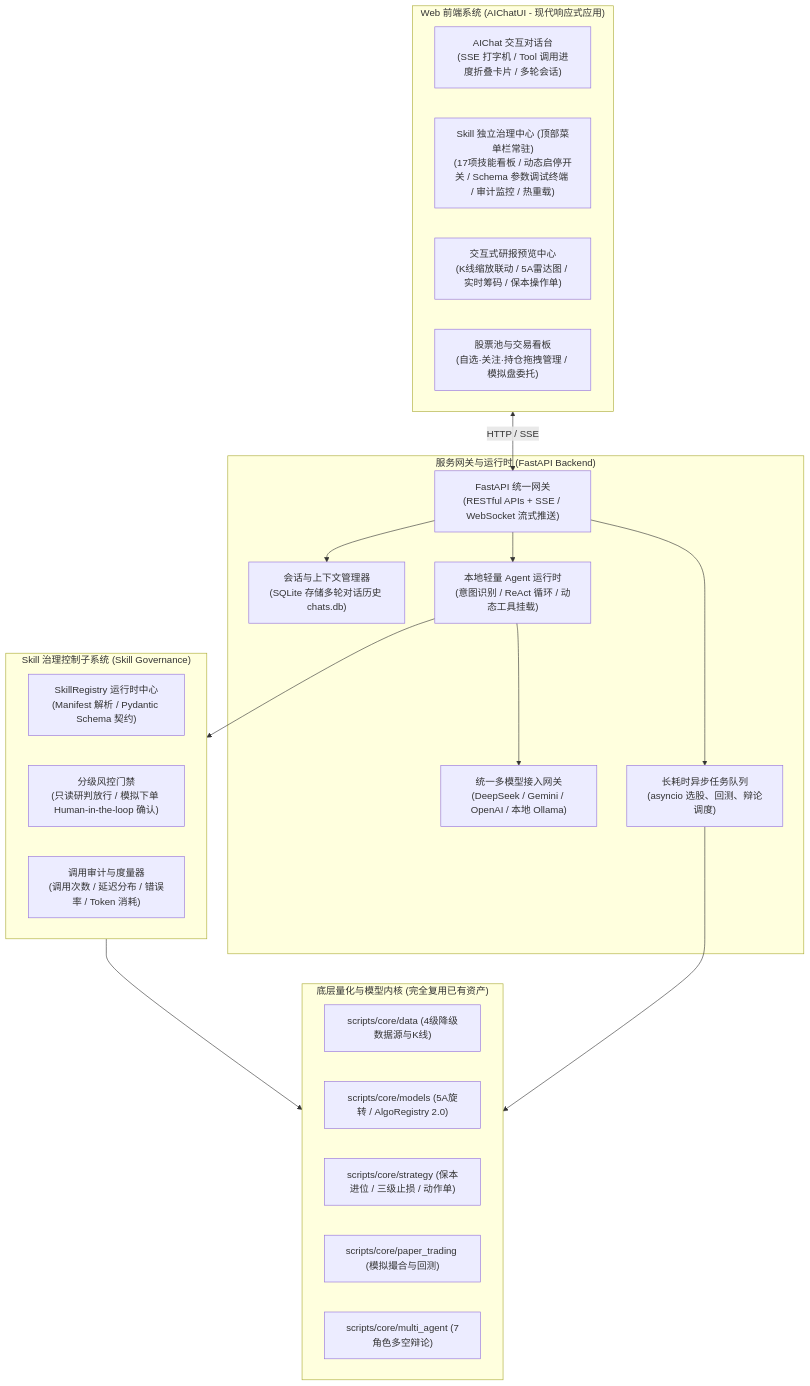
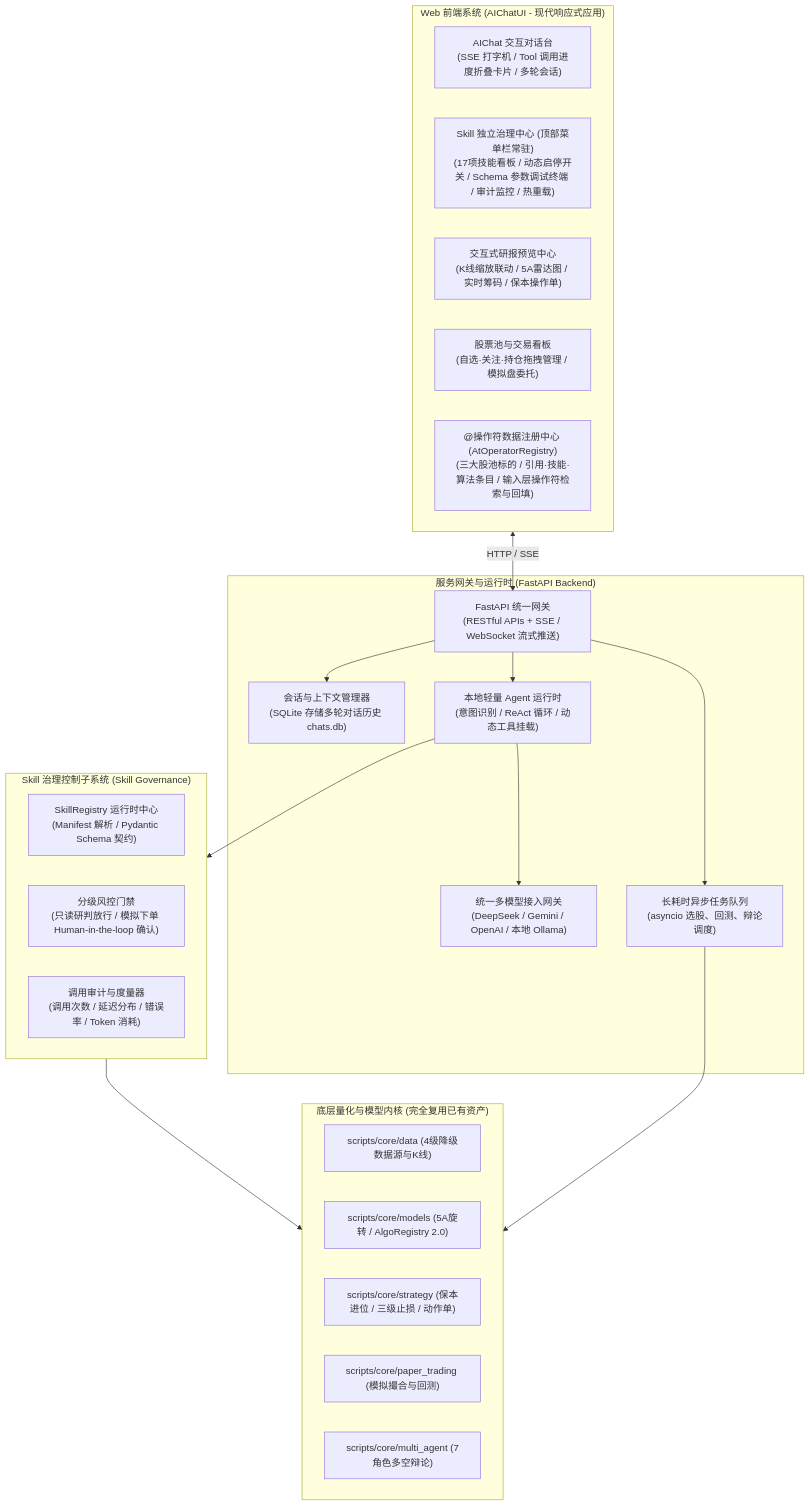
The first of 2 diagrams in docs/guidelines/web-aichat-architecture.md (cvdnn/a_stock_agents), drawn with Mermaid before and after one commit. The commit also changed 2 other files, not shown here.

Commit message:
docs(specs): 补登记今日@操作符浮窗、富文本输入框、三大股池展示卡片等5大新增模块至 guidelines 与 specs
- ui-design-guide.md: 新增 §三.3 输入区域交互契约(contenteditable/@token/退格原子删除/工具栏精简)、§五 @操作符浮窗交互规范(浮窗布局/键盘导航/四大类别/股池卡片/AtOperatorRegistry)
- web-aichat-architecture.md: 架构图 Client 层新增 AtOperatorRegistry 节点
- SPEC-UI-001: v1.3→v1.4, 任务矩阵+3行, 里程碑+M4, 验证证据+2项, 变更日志+1条

````diff
--- a/docs/guidelines/web-aichat-architecture.md
+++ b/docs/guidelines/web-aichat-architecture.md
@@ -26,40 +26,41 @@
 ```mermaid
 flowchart TB
     subgraph Client["Web 前端系统 (AIChatUI - 现代响应式应用)"]
         UI_Chat["AIChat 交互对话台\n(SSE 打字机 / Tool 调用进度折叠卡片 / 多轮会话)"]
         UI_Gov["Skill 独立治理中心 (顶部菜单栏常驻)\n(17项技能看板 / 动态启停开关 / Schema 参数调试终端 / 审计监控 / 热重载)"]
         UI_Report["交互式研报预览中心\n(K线缩放联动 / 5A雷达图 / 实时筹码 / 保本操作单)"]
         UI_Pool["股票池与交易看板\n(自选·关注·持仓拖拽管理 / 模拟盘委托)"]
+        UI_AtOp["@操作符数据注册中心 (AtOperatorRegistry)\n(三大股池标的 / 引用·技能·算法条目 / 输入层操作符检索与回填)"]
     end
 
     subgraph ServerGateway["服务网关与运行时 (FastAPI Backend)"]
         API["FastAPI 统一网关\n(RESTful APIs + SSE / WebSocket 流式推送)"]
         SessionMgr["会话与上下文管理器\n(SQLite 存储多轮对话历史 chats.db)"]
         Orchestrator["本地轻量 Agent 运行时\n(意图识别 / ReAct 循环 / 动态工具挂载)"]
         LLM_GW["统一多模型接入网关\n(DeepSeek / Gemini / OpenAI / 本地 Ollama)"]
         TaskWorker["长耗时异步任务队列\n(asyncio 选股、回测、辩论调度)"]
     end
 
     subgraph GovernanceLayer["Skill 治理控制子系统 (Skill Governance)"]
         SkillRegistry["SkillRegistry 运行时中心\n(Manifest 解析 / Pydantic Schema 契约)"]
         Gatekeeper["分级风控门禁\n(只读研判放行 / 模拟下单 Human-in-the-loop 确认)"]
         Auditor["调用审计与度量器\n(调用次数 / 延迟分布 / 错误率 / Token 消耗)"]
     end
 
     subgraph CoreEngine["底层量化与模型内核 (完全复用已有资产)"]
         Core_Data["scripts/core/data (4级降级数据源与K线)"]
         Core_Models["scripts/core/models (5A旋转 / AlgoRegistry 2.0)"]
         Core_Strategy["scripts/core/strategy (保本进位 / 三级止损 / 动作单)"]
         Core_Trade["scripts/core/paper_trading (模拟撮合与回测)"]
         Core_Debate["scripts/core/multi_agent (7角色多空辩论)"]
     end
 
     Client <-->|HTTP / SSE| API
     API --> SessionMgr
     API --> Orchestrator
     Orchestrator --> LLM_GW
     Orchestrator --> GovernanceLayer
     API --> TaskWorker
     GovernanceLayer --> CoreEngine
     TaskWorker --> CoreEngine
 ```
````
